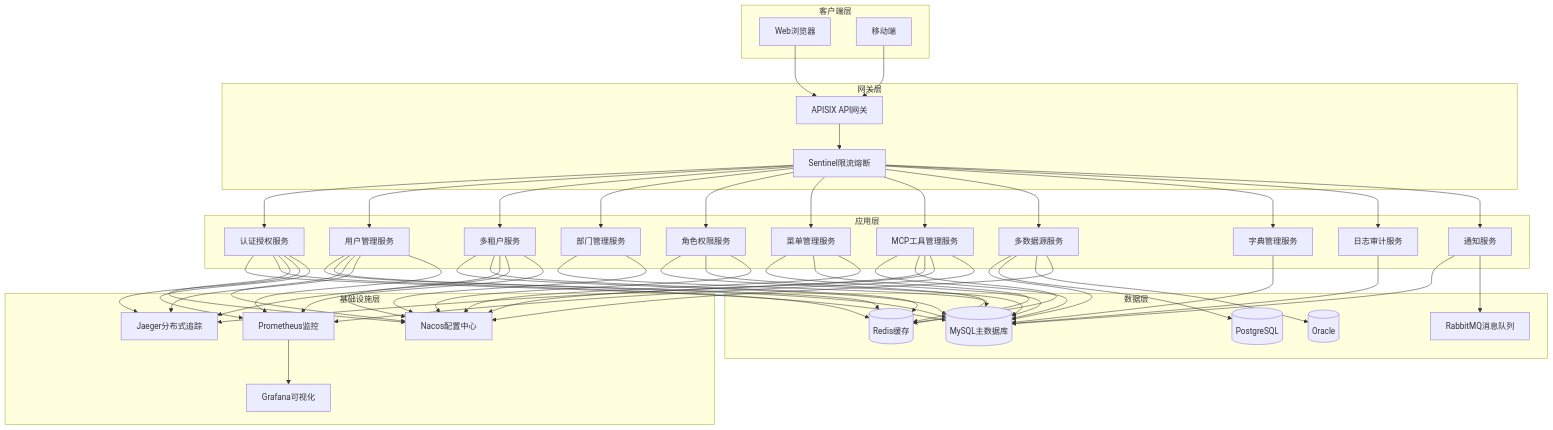
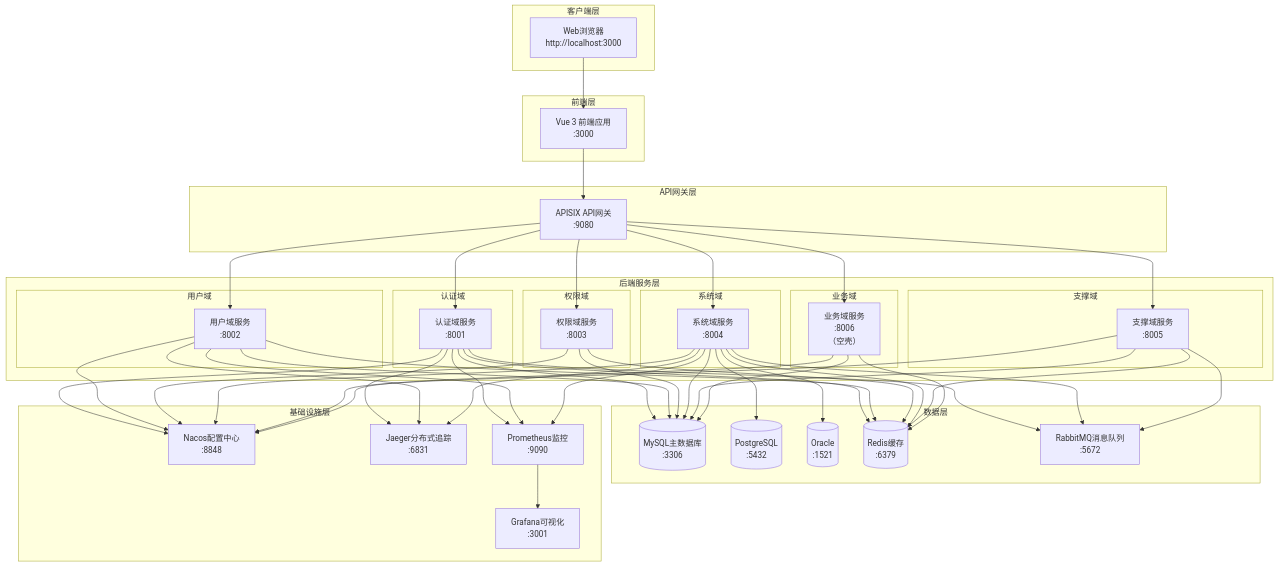
Before and after one commit to klpk961224/mcp-platform: the first of 6 diagrams in 2-技术架构设计文档.md, drawn with Mermaid. The commit also changed other lines of this file and 5 other files, not shown here.

````diff
--- a/2-技术架构设计文档.md
+++ b/2-技术架构设计文档.md
@@ -20,100 +20,103 @@
 ```mermaid
 graph TB
     subgraph "客户端层"
-        Web[Web浏览器]
-        Mobile[移动端]
+        Browser[Web浏览器<br/>http://localhost:3000]
     end
     
-    subgraph "网关层"
-        APISIX[APISIX API网关]
-        Sentinel[Sentinel限流熔断]
+    subgraph "前端层"
+        VueApp[Vue 3 前端应用<br/>:3000]
     end
     
-    subgraph "应用层"
-        Auth[认证授权服务]
-        User[用户管理服务]
-        Tenant[多租户服务]
-        Dept[部门管理服务]
-        Role[角色权限服务]
-        Menu[菜单管理服务]
-        MCP[MCP工具管理服务]
-        MultiDB[多数据源服务]
-        Dict[字典管理服务]
-        Log[日志审计服务]
-        Notify[通知服务]
+    subgraph "API网关层"
+        APISIX[APISIX API网关<br/>:9080]
+    end
+    
+    subgraph "后端服务层"
+        subgraph "认证域"
+            Auth[认证域服务<br/>:8001]
+        end
+        
+        subgraph "用户域"
+            User[用户域服务<br/>:8002]
+        end
+        
+        subgraph "权限域"
+            Permission[权限域服务<br/>:8003]
+        end
+        
+        subgraph "系统域"
+            System[系统域服务<br/>:8004]
+        end
+        
+        subgraph "支撑域"
+            Support[支撑域服务<br/>:8005]
+        end
+        
+        subgraph "业务域"
+            Business[业务域服务<br/>:8006<br/>（空壳）]
+        end
     end
     
     subgraph "数据层"
-        MySQL[(MySQL主数据库)]
-        PostgreSQL[(PostgreSQL)]
-        Oracle[(Oracle)]
-        Redis[(Redis缓存)]
-        RabbitMQ[RabbitMQ消息队列]
+        MySQL[(MySQL主数据库<br/>:3306)]
+        PostgreSQL[(PostgreSQL<br/>:5432)]
+        Oracle[(Oracle<br/>:1521)]
+        Redis[(Redis缓存<br/>:6379)]
+        RabbitMQ[RabbitMQ消息队列<br/>:5672]
     end
     
     subgraph "基础设施层"
-        Nacos[Nacos配置中心]
-        Jaeger[Jaeger分布式追踪]
-        Prometheus[Prometheus监控]
-        Grafana[Grafana可视化]
+        Nacos[Nacos配置中心<br/>:8848]
+        Jaeger[Jaeger分布式追踪<br/>:6831]
+        Prometheus[Prometheus监控<br/>:9090]
+        Grafana[Grafana可视化<br/>:3001]
     end
     
-    Web --> APISIX
-    Mobile --> APISIX
+    Browser --> VueApp
+    VueApp --> APISIX
     
-    APISIX --> Sentinel
-    Sentinel --> Auth
-    Sentinel --> User
-    Sentinel --> Tenant
-    Sentinel --> Dept
-    Sentinel --> Role
-    Sentinel --> Menu
-    Sentinel --> MCP
-    Sentinel --> MultiDB
-    Sentinel --> Dict
-    Sentinel --> Log
-    Sentinel --> Notify
+    APISIX --> Auth
+    APISIX --> User
+    APISIX --> Permission
+    APISIX --> System
+    APISIX --> Support
+    APISIX --> Business
     
     Auth --> MySQL
     User --> MySQL
-    Tenant --> MySQL
-    Dept --> MySQL
-    Role --> MySQL
-    Menu --> MySQL
-    MCP --> MySQL
-    MultiDB --> MySQL
-    MultiDB --> PostgreSQL
-    MultiDB --> Oracle
-    Dict --> MySQL
-    Log --> MySQL
-    Notify --> MySQL
+    Permission --> MySQL
+    System --> MySQL
+    Support --> MySQL
+    Business --> MySQL
+    
+    System --> PostgreSQL
+    System --> Oracle
     
     Auth --> Redis
     User --> Redis
-    Tenant --> Redis
-    Role --> Redis
-    Menu --> Redis
-    MCP --> Redis
-    Notify --> RabbitMQ
+    Permission --> Redis
+    System --> Redis
+    Support --> Redis
+    Business --> Redis
+    
+    Auth --> RabbitMQ
+    System --> RabbitMQ
+    Support --> RabbitMQ
     
     Auth --> Nacos
     User --> Nacos
-    Tenant --> Nacos
-    Dept --> Nacos
-    Role --> Nacos
-    Menu --> Nacos
-    MCP --> Nacos
-    MultiDB --> Nacos
+    Permission --> Nacos
+    System --> Nacos
+    Support --> Nacos
+    Business --> Nacos
     
     Auth --> Jaeger
     User --> Jaeger
-    Tenant --> Jaeger
-    MCP --> Jaeger
+    System --> Jaeger
     
     Auth --> Prometheus
     User --> Prometheus
-    Tenant --> Prometheus
-    MCP --> Prometheus
+    System --> Prometheus
     
     Prometheus --> Grafana
 ```
````
